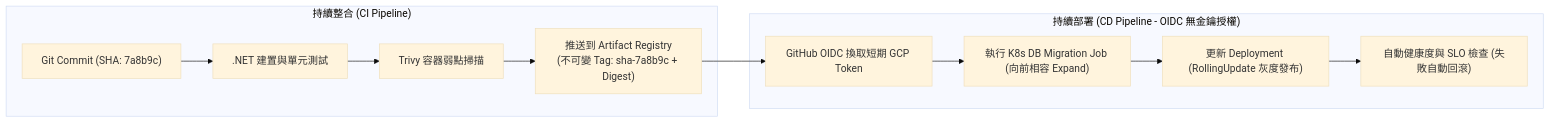
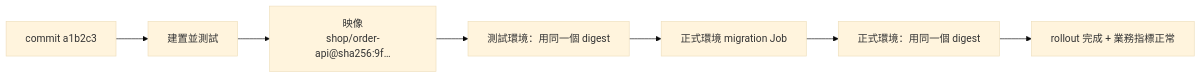
One commit to RayLiu1999/Wiki changed the diagram in src/content/docs/engineering/ci-cd.md. Above: the diagram before and after it, drawn with Mermaid (base theme). The commit also changed other lines of this file and 7 other files, not shown here.

````diff
--- a/src/content/docs/engineering/ci-cd.md
+++ b/src/content/docs/engineering/ci-cd.md
@@ -29,15 +44,9 @@
 ```mermaid
 flowchart LR
-    subgraph CI["持續整合 (CI Pipeline)"]
-        Commit["Git Commit (SHA: 7a8b9c)"] --> Build[".NET 建置與單元測試"]
-        Build --> SecScan["Trivy 容器弱點掃描"]
-        SecScan --> Push["推送到 Artifact Registry<br/>(不可變 Tag: sha-7a8b9c + Digest)"]
-    end
-    
-    subgraph CD["持續部署 (CD Pipeline - OIDC 無金鑰授權)"]
-        Push --> OIDC["GitHub OIDC 換取短期 GCP Token"]
-        OIDC --> PreJob["執行 K8s DB Migration Job (向前相容 Expand)"]
-        PreJob --> Rollout["更新 Deployment (RollingUpdate 灰度發布)"]
-        Rollout --> Verify["自動健康度與 SLO 檢查 (失敗自動回滾)"]
-    end
+    Commit["commit a1b2c3"] --> Build["建置並測試"]
+    Build --> Image["映像<br/>shop/order-api@sha256:9f…"]
+    Image --> Staging["測試環境：用同一個 digest"]
+    Staging --> Migrate["正式環境 migration Job"]
+    Migrate --> Prod["正式環境：用同一個 digest"]
+    Prod --> Verify["rollout 完成 + 業務指標正常"]
 ```
````
